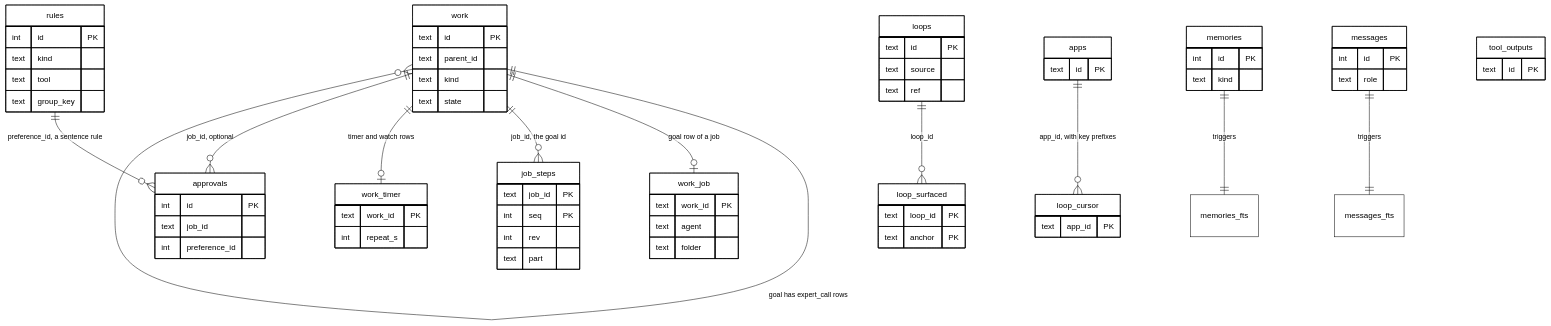
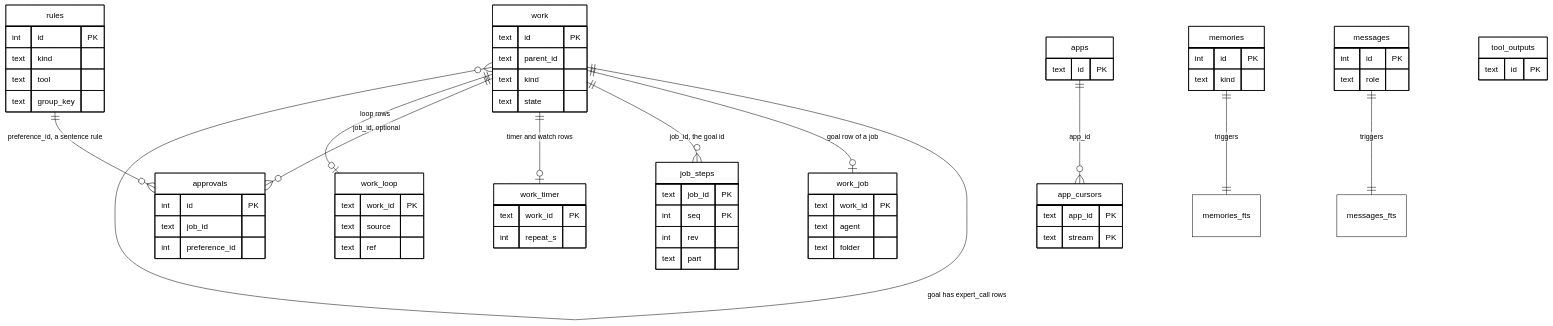
Before and after one commit to nadeem4/tagalong: the first of 2 diagrams in docs/storage.md, drawn with Mermaid. The commit also changed other lines of this file and 32 other files, not shown here.

First line of the commit message:
feat(brain): loops as work rows with app cursors (S4) (#305)

````diff
--- a/docs/storage.md
+++ b/docs/storage.md
@@ -49,73 +51,70 @@
 ```mermaid
 %%{init: {'theme':'base','themeVariables':{'primaryColor':'#ffffff','primaryTextColor':'#000000','primaryBorderColor':'#000000','lineColor':'#000000'}}}%%
 erDiagram
     work ||--o{ work : "goal has expert_call rows"
     work ||--o| work_job : "goal row of a job"
     work ||--o{ job_steps : "job_id, the goal id"
     work ||--o| work_timer : "timer and watch rows"
     work ||--o{ approvals : "job_id, optional"
     rules ||--o{ approvals : "preference_id, a sentence rule"
-    loops ||--o{ loop_surfaced : "loop_id"
-    apps ||--o{ loop_cursor : "app_id, with key prefixes"
+    work ||--o| work_loop : "loop rows"
+    apps ||--o{ app_cursors : "app_id"
     memories ||--|| memories_fts : "triggers"
     messages ||--|| messages_fts : "triggers"
 
     work {
         text id PK
         text parent_id
         text kind
         text state
     }
     work_job {
         text work_id PK
         text agent
         text folder
     }
     job_steps {
         text job_id PK
         int seq PK
         int rev
         text part
     }
     work_timer {
         text work_id PK
         int repeat_s
     }
     approvals {
         int id PK
         text job_id
         int preference_id
     }
     rules {
         int id PK
         text kind
         text tool
         text group_key
     }
-    loops {
-        text id PK
+    work_loop {
+        text work_id PK
         text source
         text ref
     }
-    loop_surfaced {
-        text loop_id PK
-        text anchor PK
-    }
-    loop_cursor {
+    app_cursors {
         text app_id PK
+        text stream PK
     }
     apps {
         text id PK
     }
     memories {
         int id PK
         text kind
     }
     messages {
         int id PK
         text role
     }
     tool_outputs {
         text id PK
     }
 ```
````
